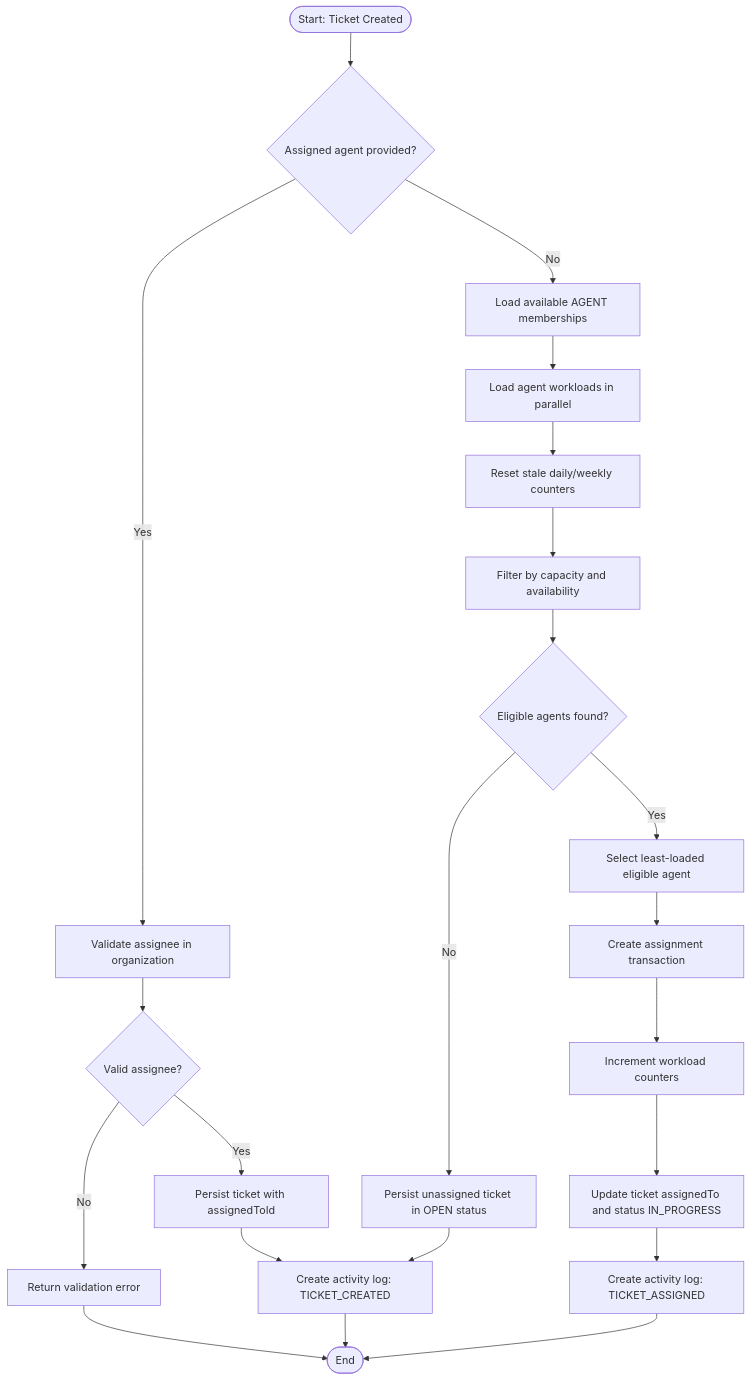
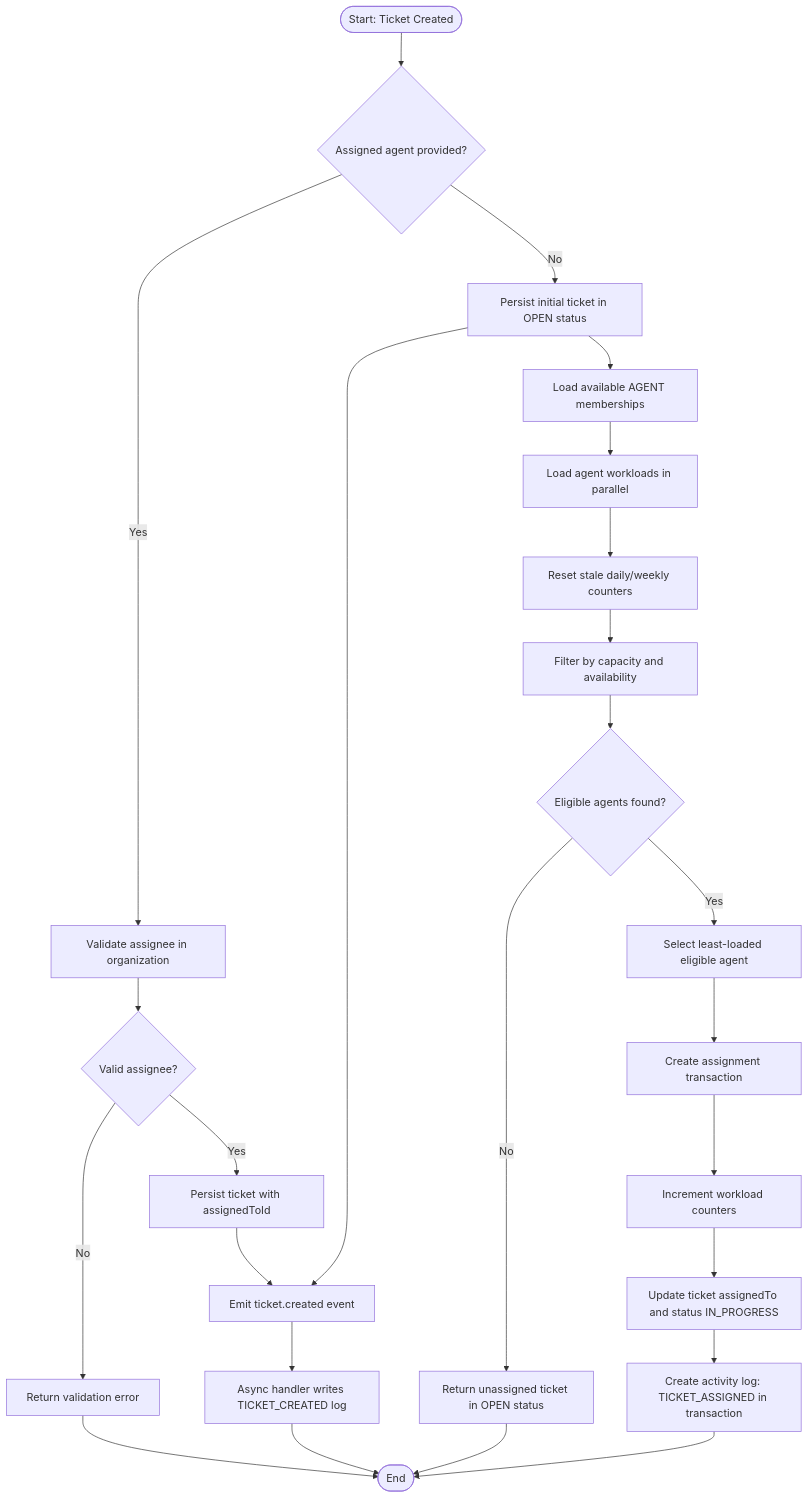
Before and after one commit to hardik-agarwal18/HelpForge: the sixth of 22 diagrams in docs/uml/gallery.md, drawn with Mermaid. The commit also changed other lines of this file and 7 other files, not shown here.

Commit message:
feat(uml): enhance UML diagrams with event bus and logging components for ticket management

```diff
--- a/docs/uml/gallery.md
+++ b/docs/uml/gallery.md
@@ -437,26 +470,29 @@
 ~~~mermaid
 flowchart TD
   A([Start: Ticket Created]) --> B{Assigned agent provided?}
   B -->|Yes| C[Validate assignee in organization]
   C --> D{Valid assignee?}
   D -->|No| X[Return validation error]
   D -->|Yes| E[Persist ticket with assignedToId]
+  E --> P[Emit ticket.created event]
+  P --> Q[Async handler writes TICKET_CREATED log]
 
-  B -->|No| F[Load available AGENT memberships]
-  F --> G[Load agent workloads in parallel]
-  G --> H[Reset stale daily/weekly counters]
-  H --> I[Filter by capacity and availability]
-  I --> J{Eligible agents found?}
-  J -->|No| K[Persist unassigned ticket in OPEN status]
-  J -->|Yes| L[Select least-loaded eligible agent]
-  L --> M[Create assignment transaction]
-  M --> N[Increment workload counters]
-  N --> O[Update ticket assignedTo and status IN_PROGRESS]
+  B -->|No| F[Persist initial ticket in OPEN status]
+  F --> P
+  F --> G[Load available AGENT memberships]
+  G --> H[Load agent workloads in parallel]
+  H --> I[Reset stale daily/weekly counters]
+  I --> J[Filter by capacity and availability]
+  J --> K{Eligible agents found?}
+  K -->|No| L[Return unassigned ticket in OPEN status]
+  K -->|Yes| M[Select least-loaded eligible agent]
+  M --> N[Create assignment transaction]
+  N --> O[Increment workload counters]
+  O --> R[Update ticket assignedTo and status IN_PROGRESS]
+  R --> S[Create activity log: TICKET_ASSIGNED in transaction]
 
-  E --> P[Create activity log: TICKET_CREATED]
-  K --> P
-  O --> Q[Create activity log: TICKET_ASSIGNED]
-  P --> R([End])
-  Q --> R
-  X --> R
+  Q --> T([End])
+  L --> T
+  S --> T
+  X --> T
 ~~~
```
